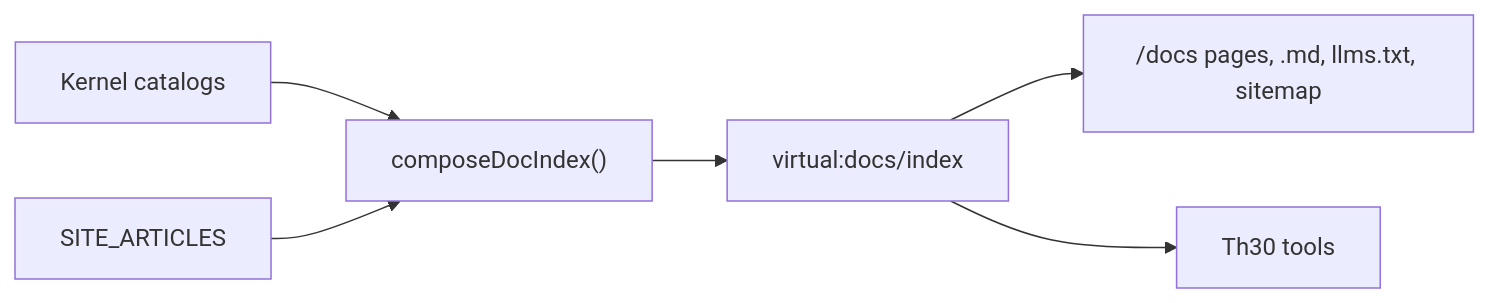
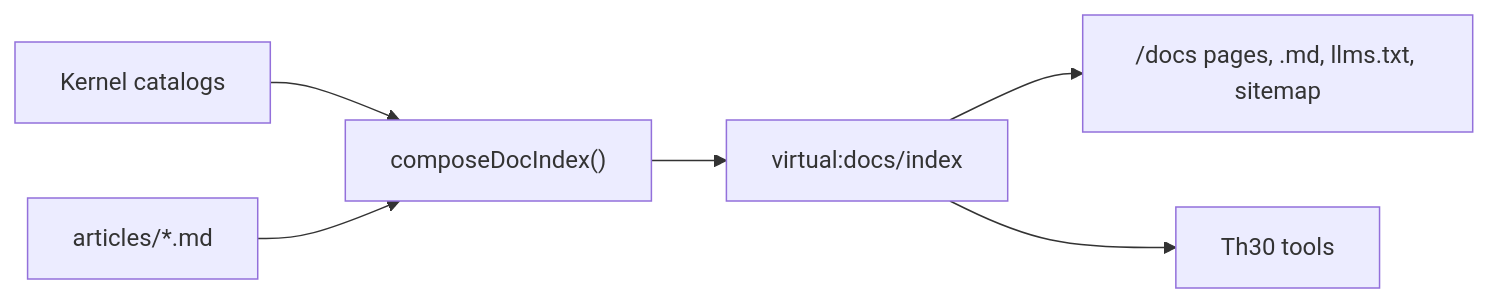
Before and after one commit to masudl-hub/theoremai-frontend: the diagram in docs/SITE_SCHEMA.md, drawn with Mermaid. The commit also changed other lines of this file and 51 other files, not shown here.

````diff
--- a/docs/SITE_SCHEMA.md
+++ b/docs/SITE_SCHEMA.md
@@ -7,8 +7,8 @@
 ```mermaid
 flowchart LR
   kernel["Kernel catalogs"] --> compose["composeDocIndex()"]
-  authored["SITE_ARTICLES"] --> compose
+  authored["articles/*.md"] --> compose
   compose --> index["virtual:docs/index"]
   index --> pages["/docs pages, .md, llms.txt, sitemap"]
   index --> th30["Th30 tools"]
 ```
````
